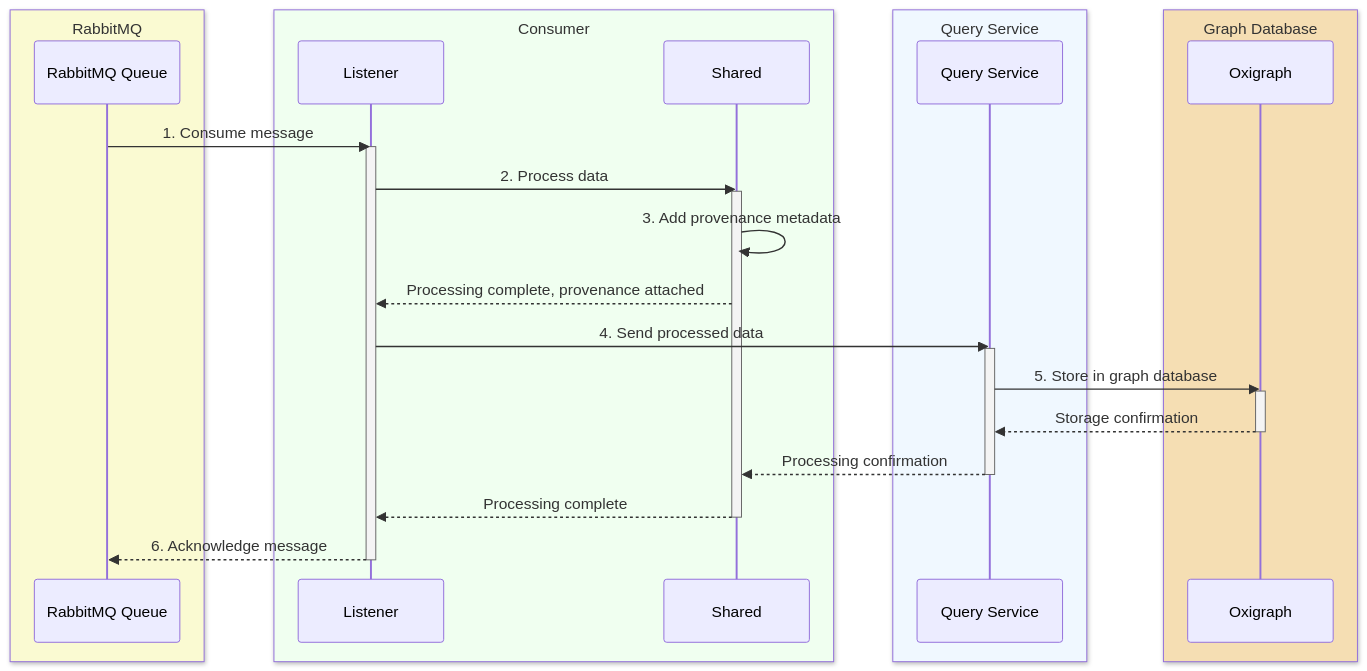
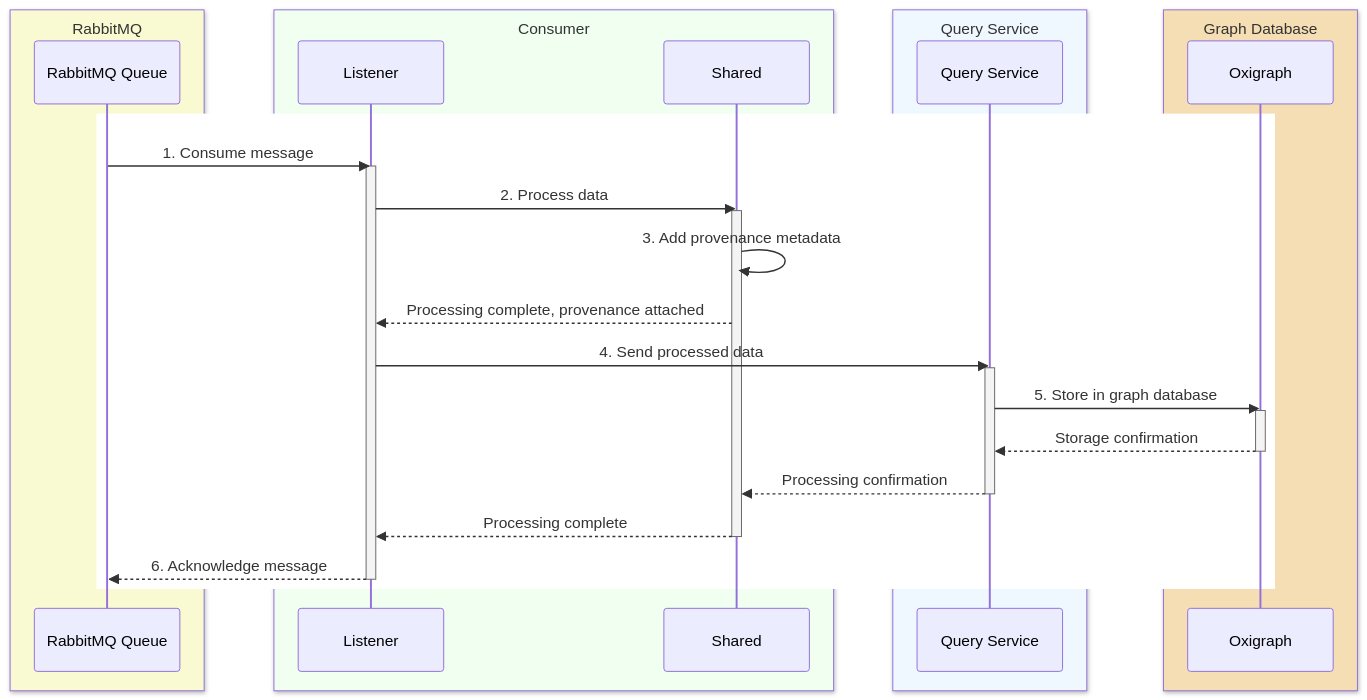
One commit to sensein/brainkbdocs changed the second of 2 diagrams in docs/ingestion_service.md. Above: the diagram before and after it, drawn with Mermaid. The commit also changed other lines of this file, not shown here.

Commit message:
fixed issue: mermaid not visible in darkmode.

````diff
--- a/docs/ingestion_service.md
+++ b/docs/ingestion_service.md
@@ -90,54 +91,51 @@
 ```{mermaid} 
-sequenceDiagram
-    %% Client/User on the left
-    
+sequenceDiagram   
+    rect rgb(255,255,255)
     box LightGoldenRodYellow RabbitMQ 
         participant RabbitMQ as RabbitMQ Queue
     end
 
     box HoneyDew Consumer
         participant Consumer as Listener
         participant Processor as  Shared
     end
 
     box AliceBlue Query Service
         participant QueryService as Query Service
     end
 
     box Wheat Graph Database
         participant GraphDB as Oxigraph
     end
- 
-      
-    
     %% Worker service processes the message
     RabbitMQ->>Consumer: 1. Consume message
     activate Consumer
     Consumer->>Processor: 2. Process data
     activate Processor
     
     %% Processing steps
     Processor->>Processor: 3. Add provenance metadata
     
     %% Acknowledge message
     Processor-->>Consumer: Processing complete, provenance attached
 
     %% Send to query service
     Consumer->>QueryService: 4. Send processed data
     activate QueryService
     
     %% Store in database
     QueryService->>GraphDB: 5. Store in graph database
     activate GraphDB
     GraphDB-->>QueryService: Storage confirmation
     deactivate GraphDB
     
     QueryService-->>Processor: Processing confirmation
     deactivate QueryService
     
     %% Acknowledge message
     Processor-->>Consumer: Processing complete
     deactivate Processor
     Consumer-->>RabbitMQ: 6. Acknowledge message
     deactivate Consumer 
-```
+    end
+``` 
````
